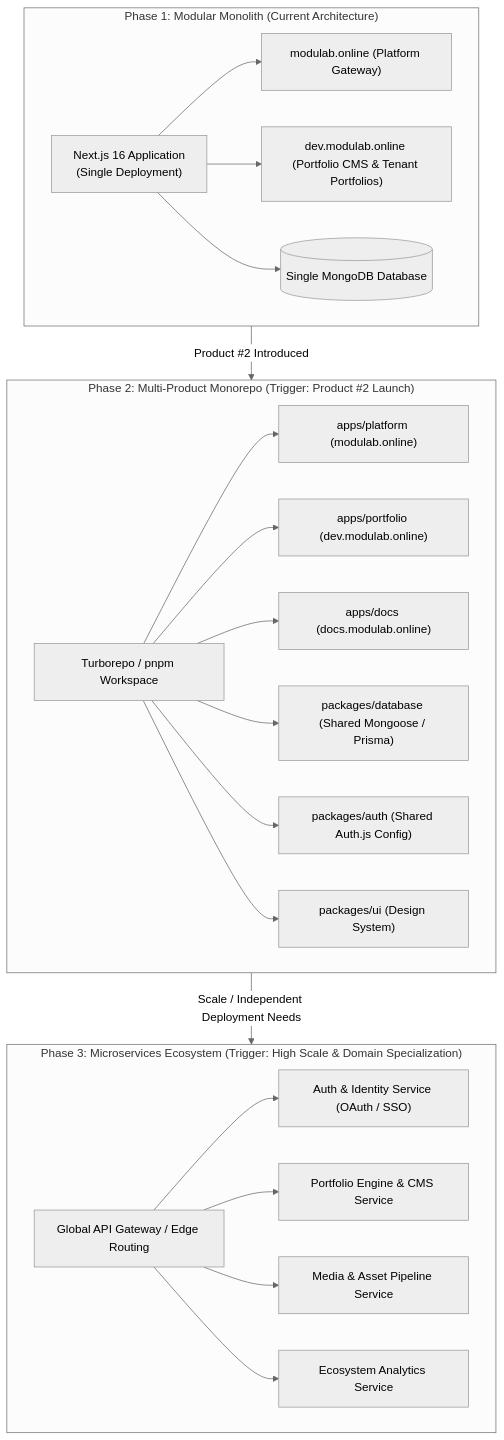
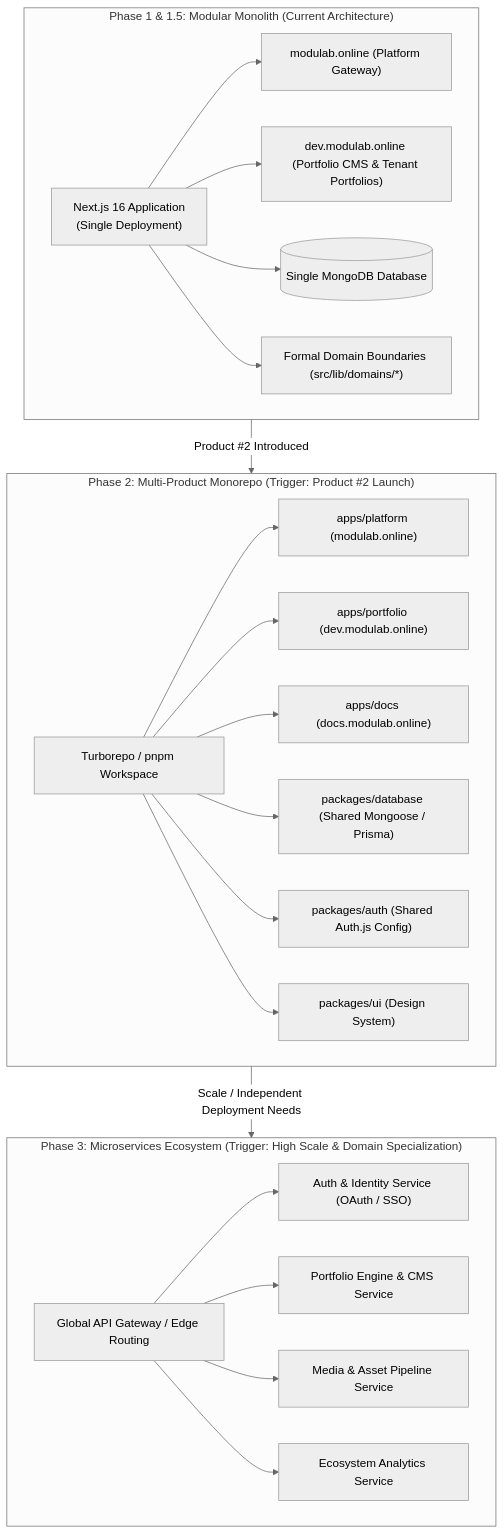
Before and after one commit to harishghorui/modulab-portfolio: the sixth of 6 diagrams in docs/architecture/ARCHITECTURE.md, drawn with Mermaid (neutral theme). The commit also changed other lines of this file and 6 other files, not shown here.

Commit message:
arch: formalize domain boundaries

````diff
--- a/docs/architecture/ARCHITECTURE.md
+++ b/docs/architecture/ARCHITECTURE.md
@@ -227,36 +308,38 @@
 ```mermaid
 flowchart TD
-    subgraph Phase1["Phase 1: Modular Monolith (Current Architecture)"]
+    subgraph Phase1["Phase 1 & 1.5: Modular Monolith (Current Architecture)"]
         MonoApp["Next.js 16 Application<br/>(Single Deployment)"]
         MonoApp --> M1["modulab.online (Platform Gateway)"]
         MonoApp --> M2["dev.modulab.online (Portfolio CMS & Tenant Portfolios)"]
         MonoDB[("Single MongoDB Database")]
         MonoApp --> MonoDB
+        MonoDomainBoundary["Formal Domain Boundaries (src/lib/domains/*)"]
+        MonoApp --> MonoDomainBoundary
     end
 
     subgraph Phase2["Phase 2: Multi-Product Monorepo (Trigger: Product #2 Launch)"]
         Turbo["Turborepo / pnpm Workspace"]
         Turbo --> AppPlatform["apps/platform (modulab.online)"]
         Turbo --> AppPortfolio["apps/portfolio (dev.modulab.online)"]
         Turbo --> AppNewProduct["apps/docs (docs.modulab.online)"]
         Turbo --> PkgDB["packages/database (Shared Mongoose / Prisma)"]
         Turbo --> PkgAuth["packages/auth (Shared Auth.js Config)"]
         Turbo --> PkgUI["packages/ui (Design System)"]
     end
 
     subgraph Phase3["Phase 3: Microservices Ecosystem (Trigger: High Scale & Domain Specialization)"]
         MicroAuth["Auth & Identity Service (OAuth / SSO)"]
         MicroPortfolio["Portfolio Engine & CMS Service"]
         MicroMedia["Media & Asset Pipeline Service"]
         MicroAnalytics["Ecosystem Analytics Service"]
         APIGateway["Global API Gateway / Edge Routing"]
         
         APIGateway --> MicroAuth
         APIGateway --> MicroPortfolio
         APIGateway --> MicroMedia
         APIGateway --> MicroAnalytics
     end
 
     Phase1 -->|Product #2 Introduced| Phase2
     Phase2 -->|Scale / Independent Deployment Needs| Phase3
 ```
````
